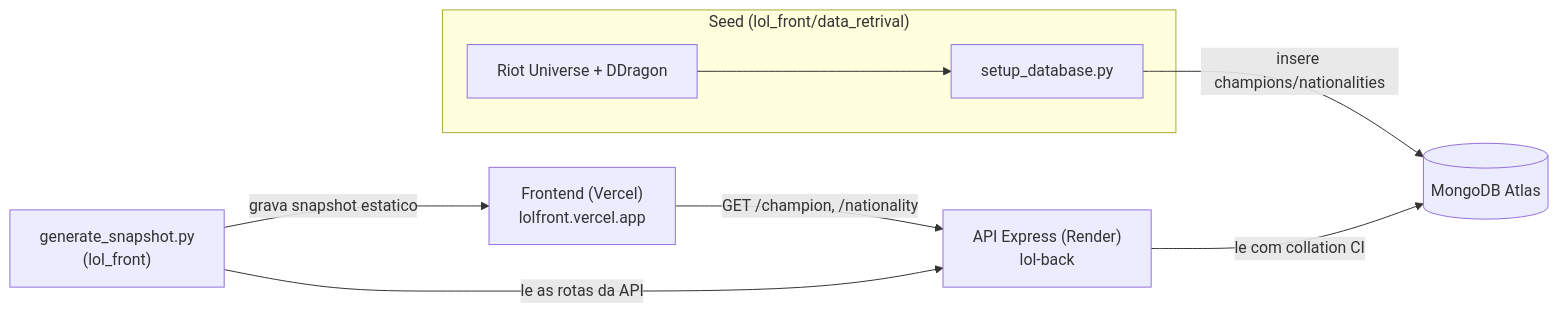
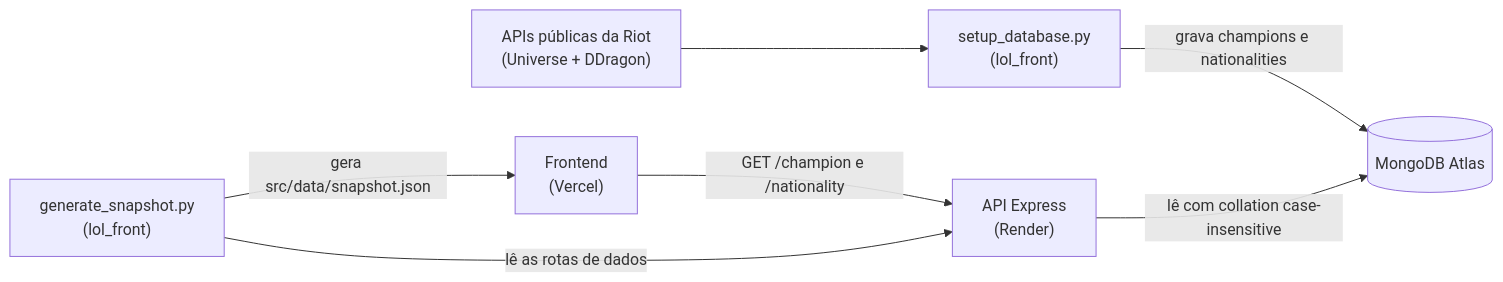
Before and after one commit to IannCarvalho/lol_back: the diagram in README.md, drawn with Mermaid. The commit also changed other lines of this file, not shown here.

````diff
--- a/README.md
+++ b/README.md
@@ -18,11 +18,9 @@
 ```mermaid
 flowchart LR
-    subgraph seed["Seed (lol_front/data_retrival)"]
-        riot["Riot Universe + DDragon"] --> setup["setup_database.py"]
-    end
-    setup -->|insere champions/nationalities| mongo[("MongoDB Atlas")]
-    front["Frontend (Vercel)<br/>lolfront.vercel.app"] -->|GET /champion, /nationality| api["API Express (Render)<br/>lol-back"]
-    api -->|le com collation CI| mongo
-    gen["generate_snapshot.py<br/>(lol_front)"] -->|le as rotas da API| api
-    gen -->|grava snapshot estatico| front
+    riot["APIs públicas da Riot<br/>(Universe + DDragon)"] --> seed["setup_database.py<br/>(lol_front)"]
+    seed -->|grava champions e nationalities| mongo[("MongoDB Atlas")]
+    api["API Express<br/>(Render)"] -->|lê com collation case-insensitive| mongo
+    front["Frontend<br/>(Vercel)"] -->|GET /champion e /nationality| api
+    snap["generate_snapshot.py<br/>(lol_front)"] -->|lê as rotas de dados| api
+    snap -->|gera src/data/snapshot.json| front
 ```
````
